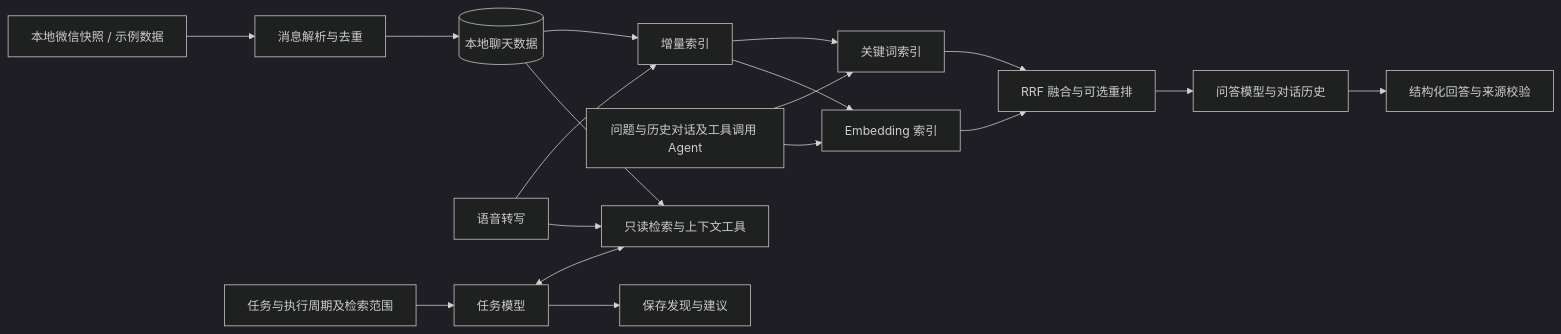
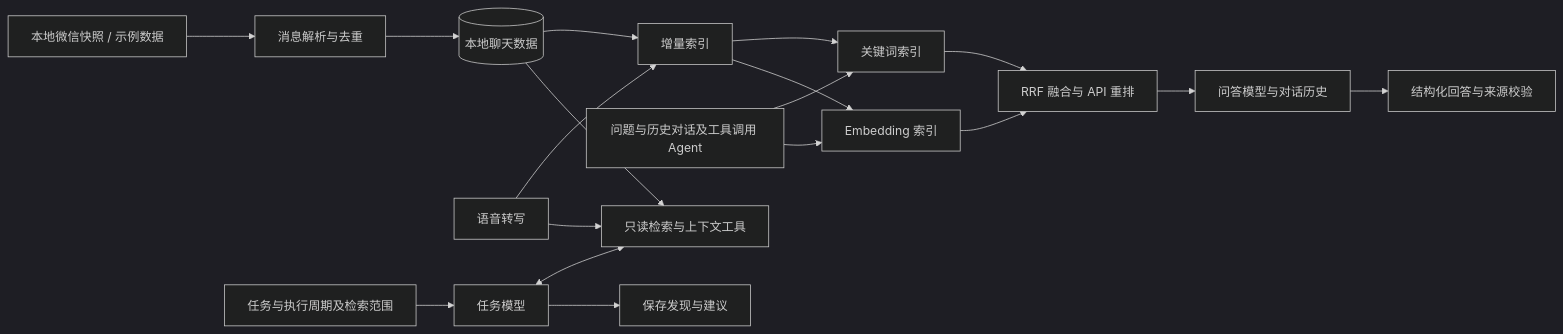
The diagram in README.zh-CN.md (Fongkai777/wechat-agent), drawn with Mermaid (dark theme) before and after one commit. The commit also changed other lines of this file and 26 other files, not shown here.

````diff
--- a/README.zh-CN.md
+++ b/README.zh-CN.md
@@ -120,20 +120,20 @@
 ```mermaid
 flowchart LR
     A[本地微信快照 / 示例数据] --> B[消息解析与去重]
     B --> C[(本地聊天数据)]
     V[语音转写] --> I[增量索引]
     C --> I
     I --> K[关键词索引]
     I --> E[Embedding 索引]
     Q[问题与历史对话及工具调用 Agent] --> K
     Q --> E
-    K --> R[RRF 融合与可选重排]
+    K --> R[RRF 融合与 API 重排]
     E --> R
     R --> G[问答模型与对话历史]
     G --> O[结构化回答与来源校验]
     T[任务与执行周期及检索范围] --> H[任务模型]
     H <--> S[只读检索与上下文工具]
     C --> S
     V --> S
     H --> P[保存发现与建议]
 ```
````
